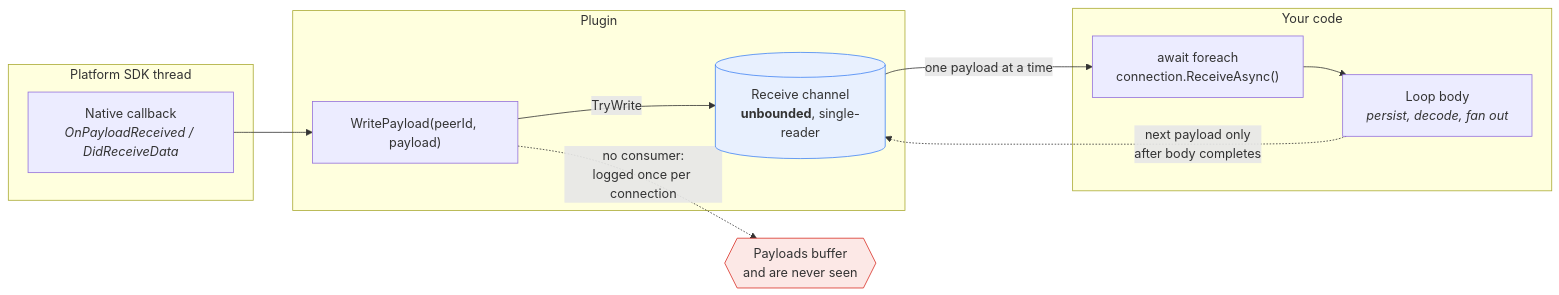
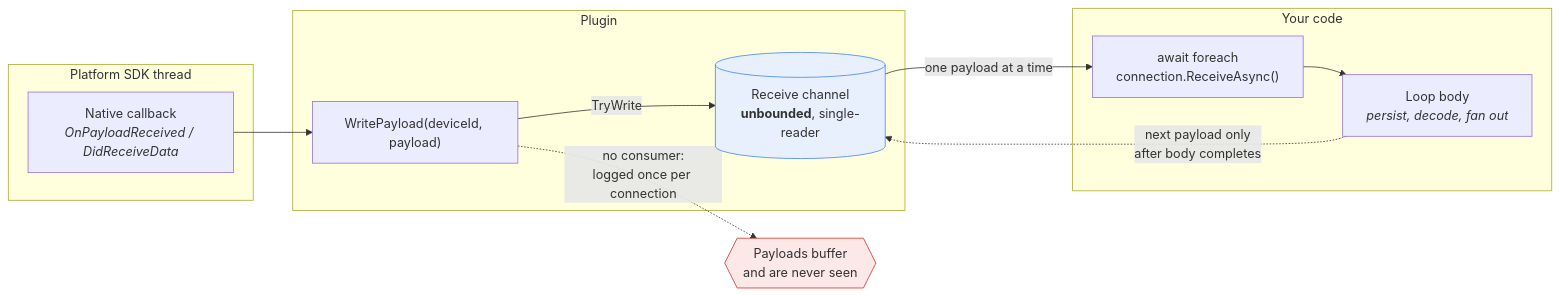
Before and after one commit to phunkeler/Plugin.Maui.NearbyConnections: the diagram in docs/PAYLOAD-DELIVERY.md, drawn with Mermaid. The commit also changed 24 other files, not shown here.

````diff
--- a/docs/PAYLOAD-DELIVERY.md
+++ b/docs/PAYLOAD-DELIVERY.md
@@ -40,27 +40,27 @@
 ```mermaid
 flowchart LR
     subgraph platform["Platform SDK thread"]
         CB["Native callback<br/><i>OnPayloadReceived / DidReceiveData</i>"]
     end
 
     subgraph plugin["Plugin"]
-        WP["WritePayload(peerId, payload)"]
+        WP["WritePayload(deviceId, payload)"]
         CH[("Receive channel<br/><b>unbounded</b>, single-reader")]
     end
 
     subgraph app["Your code"]
         RA["await foreach<br/>connection.ReceiveAsync()"]
         BODY["Loop body<br/><i>persist, decode, fan out</i>"]
     end
 
     CB --> WP
     WP -->|TryWrite| CH
     CH -->|one payload at a time| RA
     RA --> BODY
     BODY -.->|next payload only<br/>after body completes| CH
 
     WP -.->|no consumer:<br/>logged once per connection| WARN{{"Payloads buffer<br/>and are never seen"}}
 
     style CH fill:#e8f0fe,stroke:#4285f4
     style WARN fill:#fce8e6,stroke:#d93025
 ```
````
